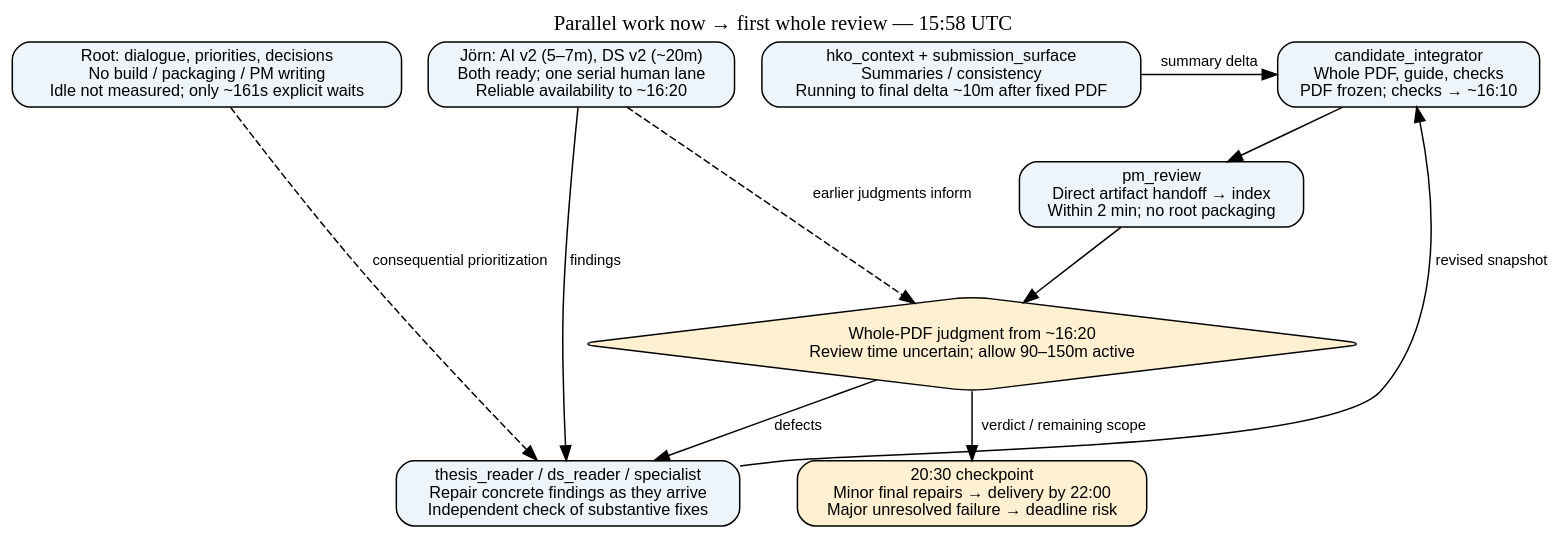
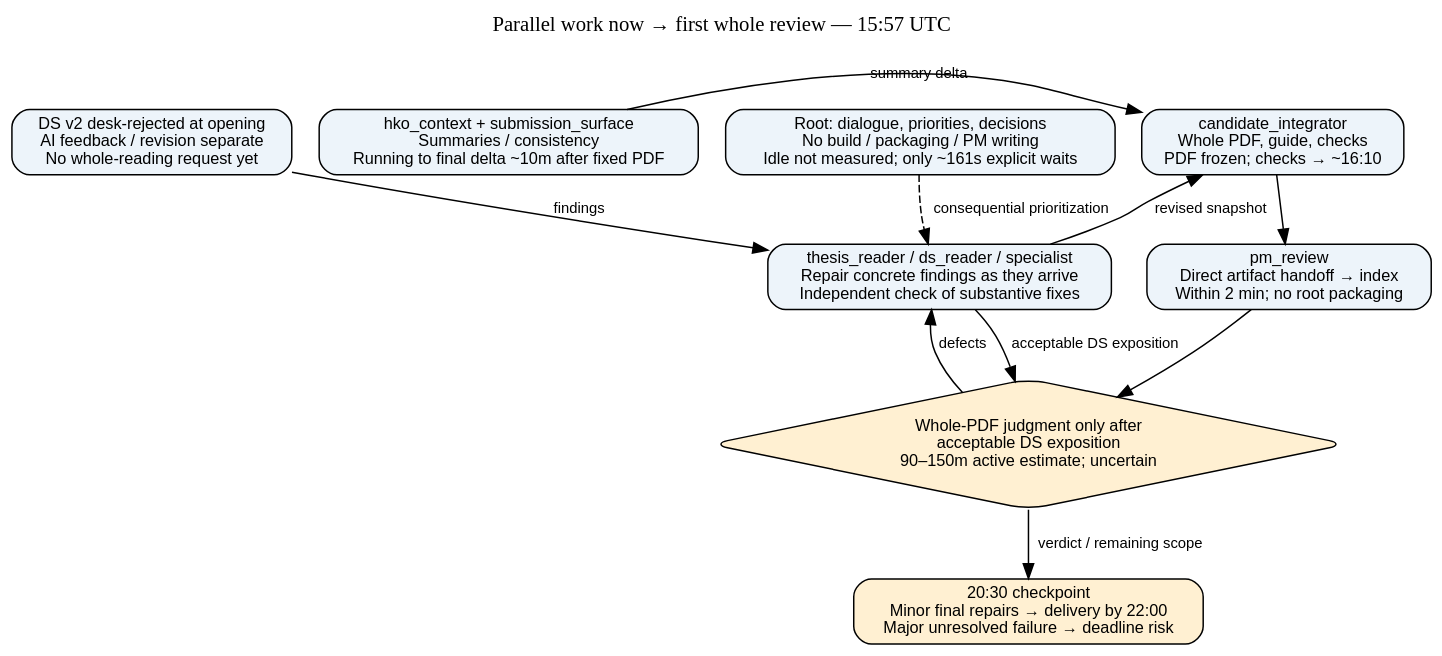
Before and after one commit to JoernStoehler/msc-math: the diagram in docs/task-graph/00-now.dot, drawn with Graphviz. The commit also changed 4 other files, not shown here.

First line of the commit message:
Reflect DS desk rejection as the active roadmap branch

```diff
--- a/docs/task-graph/00-now.dot
+++ b/docs/task-graph/00-now.dot
@@ -1,17 +1,17 @@
 digraph now {
- graph [rankdir=TB,label="Parallel work now → first whole review — 15:58 UTC",labelloc=t,bgcolor="transparent"];
+ graph [rankdir=TB,label="Parallel work now → first whole review — 15:57 UTC",labelloc=t,bgcolor="transparent"];
  node [shape=box,style="rounded,filled",fillcolor="#edf4fa",fontname="Helvetica",fontsize=11]; edge [fontname="Helvetica",fontsize=10];
- human [label="Jörn: AI v2 (5–7m), DS v2 (~20m)\nBoth ready; one serial human lane\nReliable availability to ~16:20"];
+ human [label="DS v2 desk-rejected at opening\nAI feedback / revision separate\nNo whole-reading request yet"];
  synthesis [label="hko_context + submission_surface\nSummaries / consistency\nRunning to final delta ~10m after fixed PDF"];
  build [label="candidate_integrator\nWhole PDF, guide, checks\nPDF frozen; checks → ~16:10"];
  publish [label="pm_review\nDirect artifact handoff → index\nWithin 2 min; no root packaging"];
- read [shape=diamond,label="Whole-PDF judgment from ~16:20\nReview time uncertain; allow 90–150m active",fillcolor="#fff0d2"];
+ read [shape=diamond,label="Whole-PDF judgment only after\nacceptable DS exposition\n90–150m active estimate; uncertain",fillcolor="#fff0d2"];
  authors [label="thesis_reader / ds_reader / specialist\nRepair concrete findings as they arrive\nIndependent check of substantive fixes"];
  root [label="Root: dialogue, priorities, decisions\nNo build / packaging / PM writing\nIdle not measured; only ~161s explicit waits"];
  end [label="20:30 checkpoint\nMinor final repairs → delivery by 22:00\nMajor unresolved failure → deadline risk",fillcolor="#fff0d2"];
  {rank=same;human;synthesis;build;root;}
  synthesis -> build [label="summary delta"]; build -> publish; publish -> read;
- human -> authors [label="findings"]; human -> read [style=dashed,label="earlier judgments inform"];
+ human -> authors [label="findings"]; authors -> read [label="acceptable DS exposition"];
  authors -> build [label="revised snapshot"]; read -> authors [label="defects"]; read -> end [label="verdict / remaining scope"];
  root -> authors [style=dashed,label="consequential prioritization"];
 }
```
